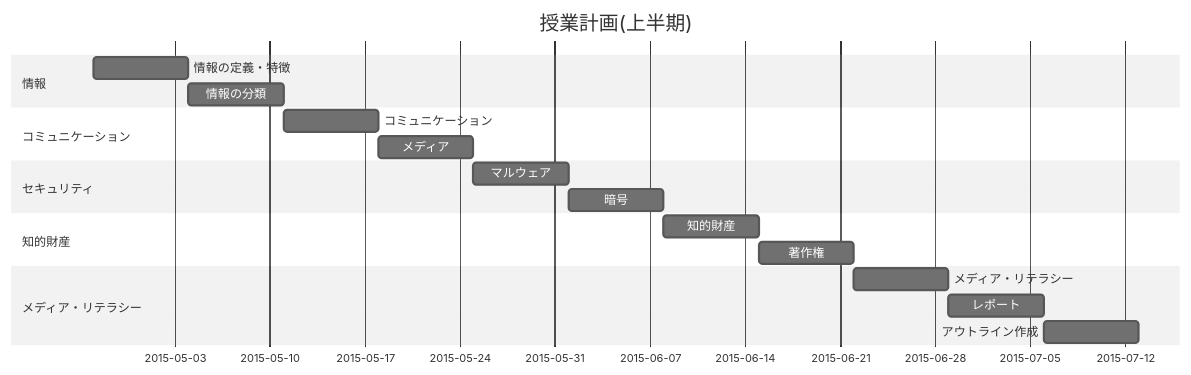
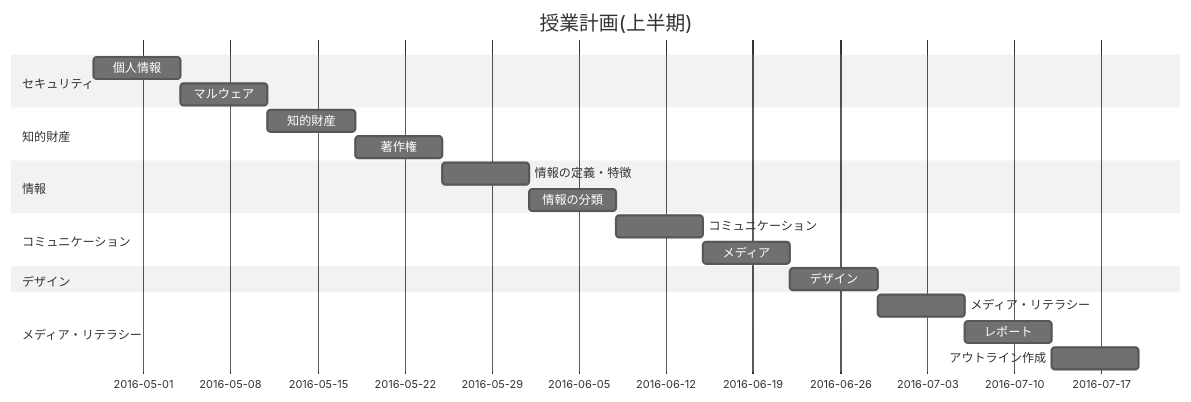
The first of 3 diagrams in README.md (saireya/plan-informatics), drawn with Mermaid (neutral theme) before and after one commit. The commit also changed other lines of this file and 1 other file, not shown here.

````diff
--- a/README.md
+++ b/README.md
@@ -14,22 +15,24 @@
 ```mermaid
 gantt
 	title 授業計画(上半期)
 	dateFormat YYYY-MM-DD
 
+section セキュリティ
+	個人情報			:s1, 2016-04-27, 1w
+	マルウェア			:s2, after s1, 1w
+section 知的財産
+	知的財産			:l1, after s2, 1w
+	著作権			:l2, after l1, 1w
 section 情報
-	情報の定義・特徴	:i1, 2015-04-27, 1w
+	情報の定義・特徴	:i1, after l2, 1w
 	情報の分類			:i2, after i1, 1w
 section コミュニケーション
 	コミュニケーション		:c1, after i2, 1w
 	メディア			:c2, after c1, 1w
-section セキュリティ
-	マルウェア			:s1, after c2, 1w
-	暗号				:s2, after s1, 1w
-section 知的財産
-	知的財産			:l1, after s2, 1w
-	著作権			:l2, after l1, 1w
+section デザイン
+	デザイン			:d1, after c2, 1w
 section メディア・リテラシー
-	メディア・リテラシー		:m1, after l2, 1w
+	メディア・リテラシー		:m1, after d1, 1w
 	レポート			:m2, after m1, 1w
 	アウトライン作成		:m3, after m2, 1w
 ```
````
